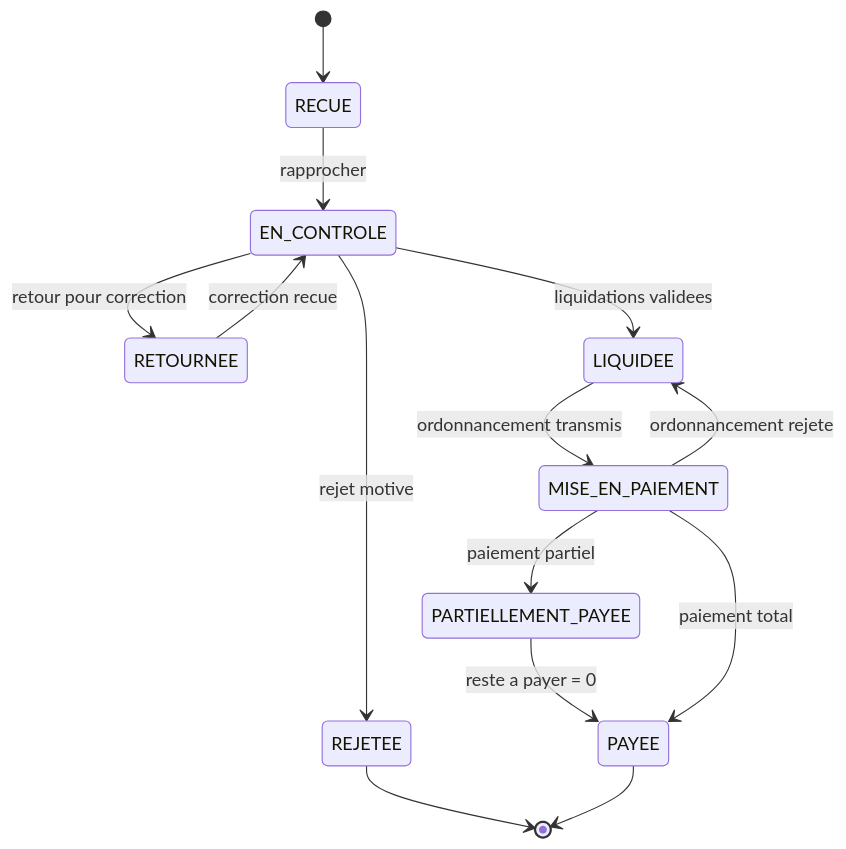
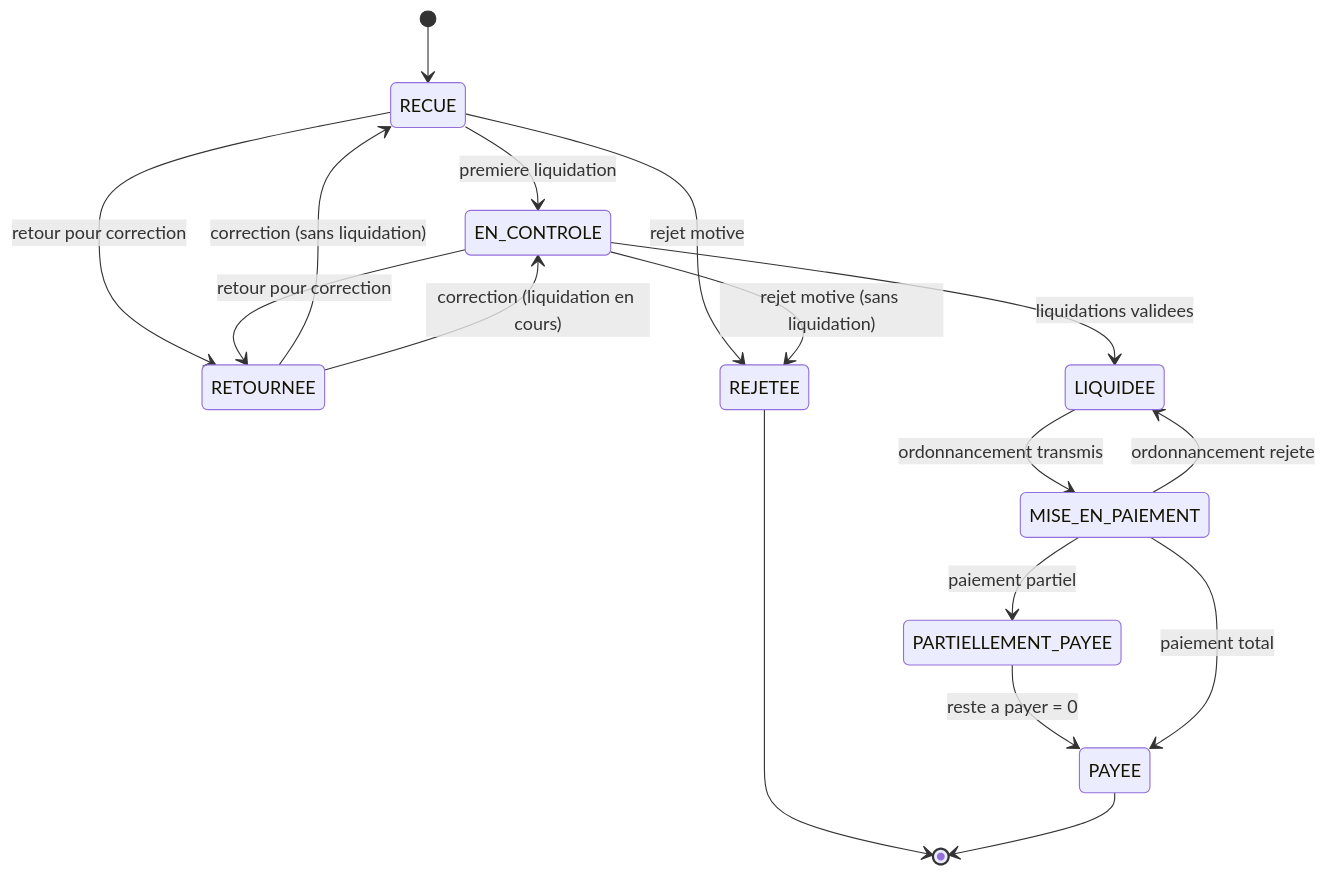
Diagram 11 of 20 in docs/Cahier_des_charges_Module_Budgetaire_Hopitalia_V3.md (LordPhenixDeNetra/hopitalia-budget), drawn with Mermaid before and after one commit. The commit also changed other lines of this file, not shown here.

````diff
--- a/docs/Cahier_des_charges_Module_Budgetaire_Hopitalia_V3.md
+++ b/docs/Cahier_des_charges_Module_Budgetaire_Hopitalia_V3.md
@@ -1217,16 +1219,19 @@
 ```mermaid
 stateDiagram-v2
   [*] --> RECUE
-  RECUE --> EN_CONTROLE : rapprocher
+  RECUE --> EN_CONTROLE : premiere liquidation
+  RECUE --> RETOURNEE : retour pour correction
   EN_CONTROLE --> RETOURNEE : retour pour correction
-  RETOURNEE --> EN_CONTROLE : correction recue
-  EN_CONTROLE --> REJETEE : rejet motive
+  RETOURNEE --> RECUE : correction (sans liquidation)
+  RETOURNEE --> EN_CONTROLE : correction (liquidation en cours)
+  RECUE --> REJETEE : rejet motive
+  EN_CONTROLE --> REJETEE : rejet motive (sans liquidation)
   EN_CONTROLE --> LIQUIDEE : liquidations validees
   LIQUIDEE --> MISE_EN_PAIEMENT : ordonnancement transmis
   MISE_EN_PAIEMENT --> LIQUIDEE : ordonnancement rejete
   MISE_EN_PAIEMENT --> PARTIELLEMENT_PAYEE : paiement partiel
   PARTIELLEMENT_PAYEE --> PAYEE : reste a payer = 0
   MISE_EN_PAIEMENT --> PAYEE : paiement total
   REJETEE --> [*]
   PAYEE --> [*]
 ```
````
